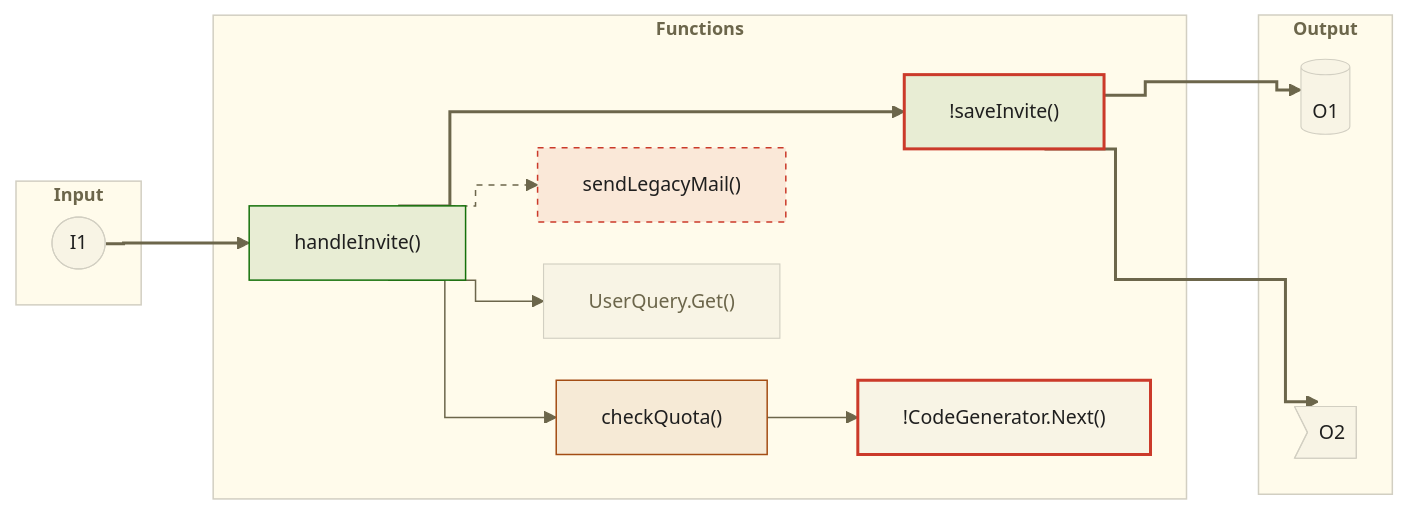
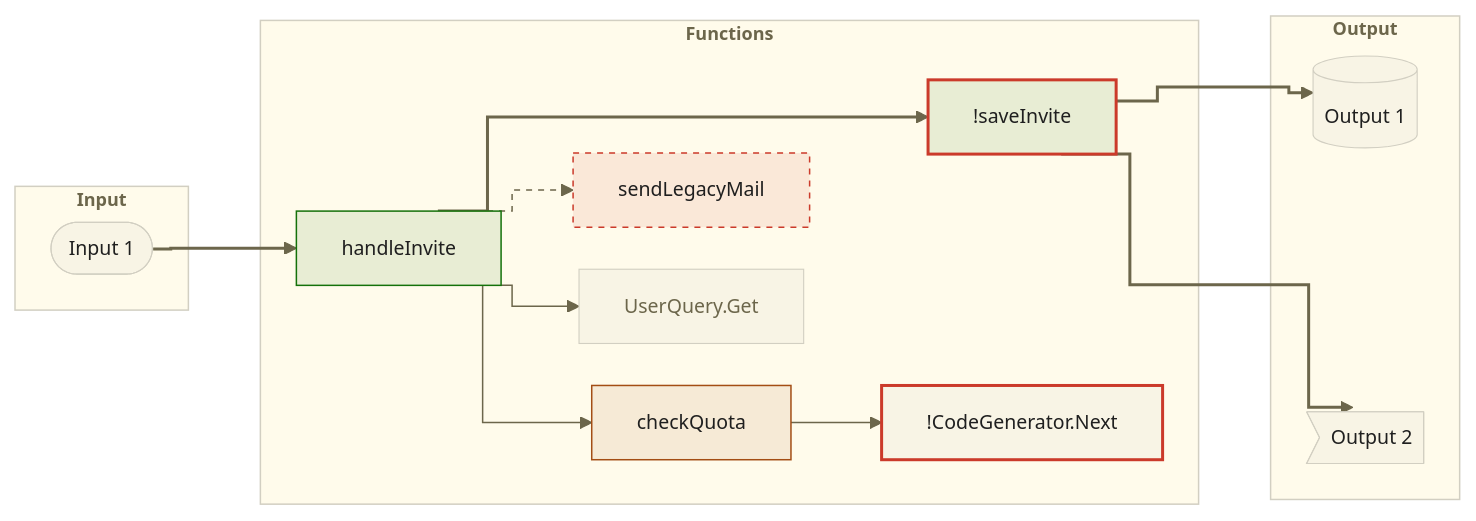
One commit to gagoar/pr-brief changed the sixth of 6 diagrams in README.md. Above: the diagram before and after it, drawn with Mermaid. The commit also changed other lines of this file and 79 other files, not shown here.

First line of the commit message:
Address feedback: chart labels and legend, host-aware length, CI setup and rewrite (#13)

````diff
--- a/README.md
+++ b/README.md
@@ -247,41 +260,41 @@
 ```mermaid
 %%{init: {"theme":"base","flowchart":{"curve":"step","nodeSpacing":28,"rankSpacing":48,"diagramPadding":40},"themeVariables":{"darkMode":false,"background":"#fffbeb","fontFamily":"Inter, Helvetica, Arial","fontSize":"13px","dropShadow":"none","primaryColor":"#f8f4e5","primaryTextColor":"#1f1f1f","primaryBorderColor":"#d2cfc2","nodeTextColor":"#1f1f1f","textColor":"#1f1f1f","mainBkg":"#f8f4e5","nodeBorder":"#d2cfc2","lineColor":"#6c664b","clusterBkg":"#fffbeb","clusterBorder":"#d2cfc2","titleColor":"#6c664b","edgeLabelBackground":"#fffbeb"}}}%%
 graph LR
   subgraph IN["Input"]
-    I1(["I1"])
+    I1(["Input 1"])
   end
   subgraph FN["Functions"]
-    F1["handleInvite()"]:::added
-    F2["checkQuota()"]:::modified
-    F3["sendLegacyMail()"]:::removed
-    F4["UserQuery.Get()"]:::context
-    F5["!CodeGenerator.Next()"]:::risk
-    F6["!saveInvite()"]:::riskadded
+    F1["handleInvite"]:::added
+    F2["checkQuota"]:::modified
+    F3["sendLegacyMail"]:::removed
+    F4["UserQuery.Get"]:::context
+    F5["!CodeGenerator.Next"]:::risk
+    F6["!saveInvite"]:::riskadded
   end
   subgraph OUT["Output"]
-    O1[("O1")]
-    O2>"O2"]
+    O1[("Output 1")]
+    O2>"Output 2"]
   end
   I1 ==> F1
   F1 --> F2
   F1 --> F4
   F2 --> F5
   F1 ==> F6
   F1 -.-> F3
   F6 ==> O1
   F6 ==> O2
   F5 ~~~ O1
   F5 ~~~ O2
   classDef default fill:#f8f4e5,stroke:#d2cfc2,stroke-width:0.75px,color:#1f1f1f,font-weight:500
   classDef added fill:#e8edd4,stroke:#14710a,stroke-width:1px,color:#1f1f1f,font-weight:500
   classDef modified fill:#f6ead6,stroke:#a34d14,stroke-width:1px,color:#1f1f1f,font-weight:500
   classDef removed fill:#fae8d8,stroke:#cb3a2a,stroke-width:1px,stroke-dasharray:4 4,color:#1f1f1f,font-weight:500
   classDef context fill:#f8f4e5,stroke:#d2cfc2,stroke-width:0.75px,color:#6c664b,font-weight:500
   classDef risk fill:#f8f4e5,stroke:#cb3a2a,stroke-width:2px,color:#1f1f1f,font-weight:500
   classDef riskadded fill:#e8edd4,stroke:#cb3a2a,stroke-width:2px,color:#1f1f1f,font-weight:500
   classDef zone fill:#fffbeb,stroke:#d2cfc2,stroke-width:1px,color:#6c664b,font-weight:600,font-size:12px
   class IN,FN,OUT zone
   linkStyle 1,2,3 stroke:#6c664b,stroke-width:1px
   linkStyle 0,4,6,7 stroke:#6c664b,stroke-width:2px
   linkStyle 5 stroke:#6c664b,stroke-width:1px,stroke-dasharray:4 4
 ```
````
